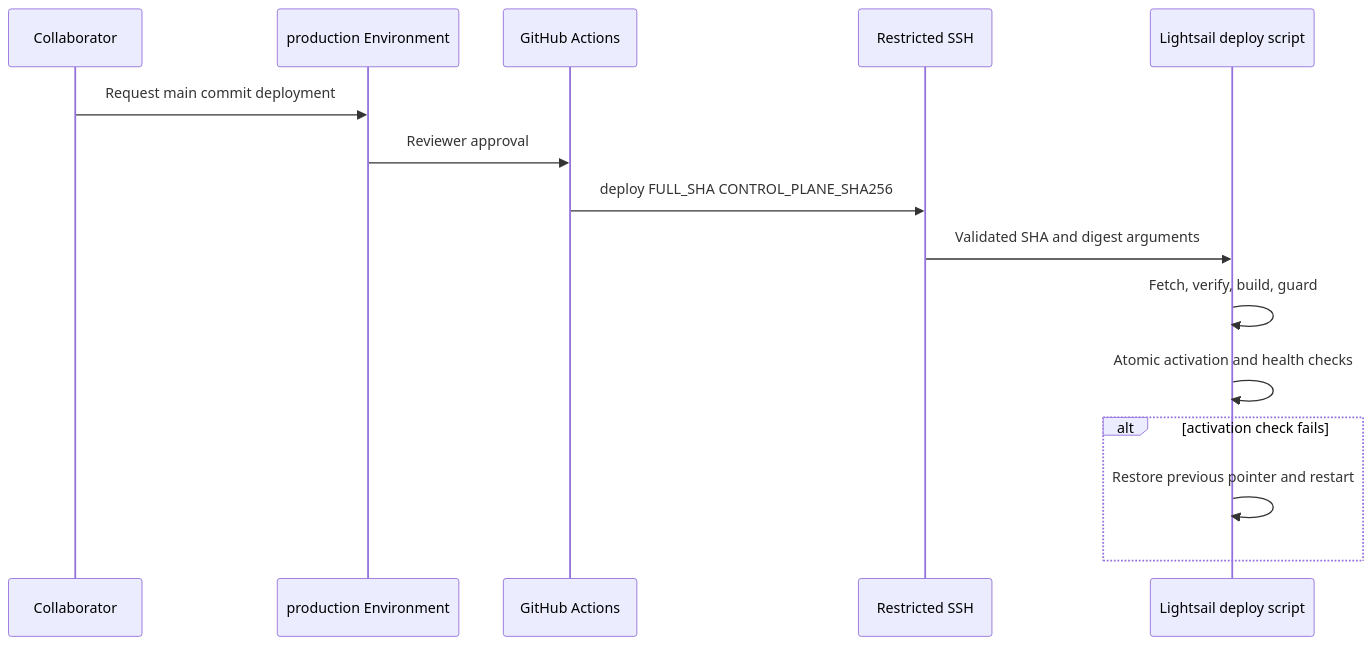
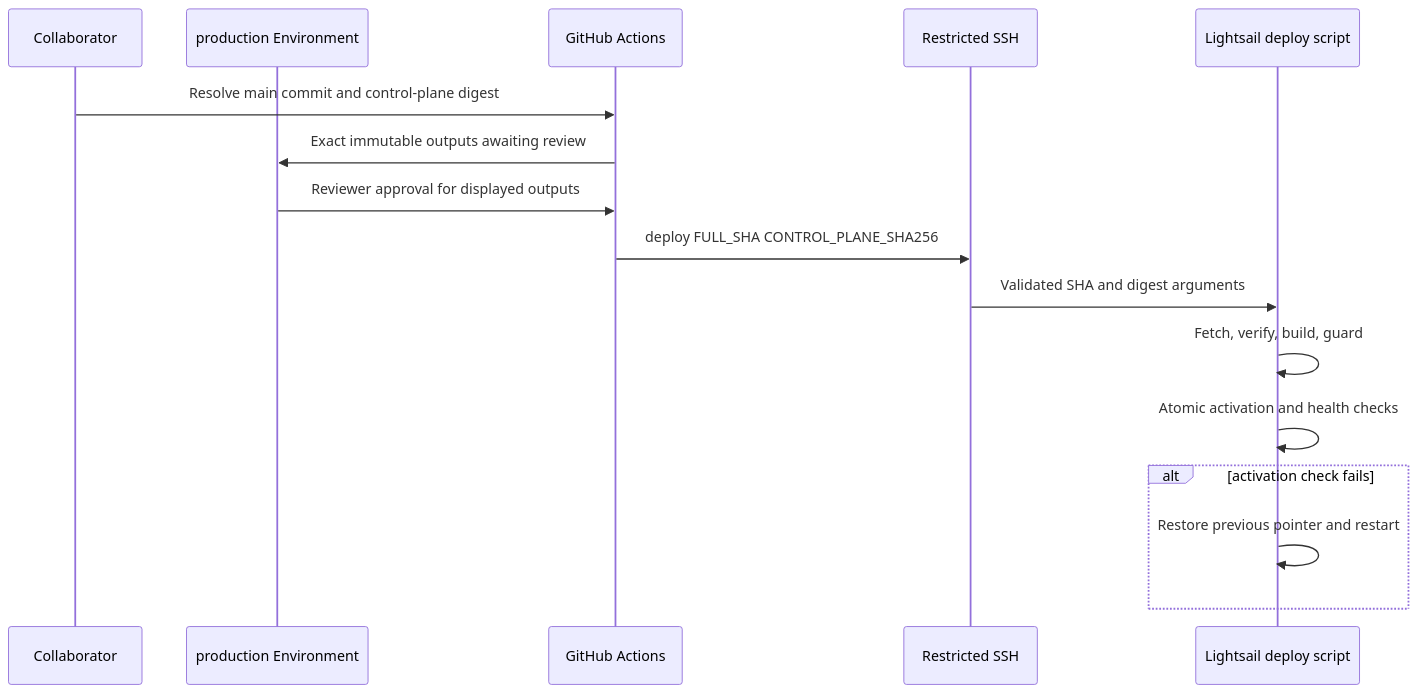
Before and after one commit to Unson-LLC/mana-runtime: the first of 2 diagrams in docs/specs/lightsail-deploy-workflow.md, drawn with Mermaid. The commit also changed other lines of this file and 9 other files, not shown here.

````diff
--- a/docs/specs/lightsail-deploy-workflow.md
+++ b/docs/specs/lightsail-deploy-workflow.md
@@ -24,17 +24,18 @@
 ```mermaid
 sequenceDiagram
   participant U as Collaborator
   participant E as production Environment
   participant A as GitHub Actions
   participant S as Restricted SSH
   participant H as Lightsail deploy script
-  U->>E: Request main commit deployment
-  E->>A: Reviewer approval
+  U->>A: Resolve main commit and control-plane digest
+  A->>E: Exact immutable outputs awaiting review
+  E->>A: Reviewer approval for displayed outputs
   A->>S: deploy FULL_SHA CONTROL_PLANE_SHA256
   S->>H: Validated SHA and digest arguments
   H->>H: Fetch, verify, build, guard
   H->>H: Atomic activation and health checks
   alt activation check fails
     H->>H: Restore previous pointer and restart
   end
 ```
````
